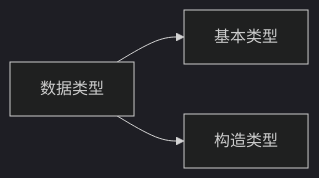
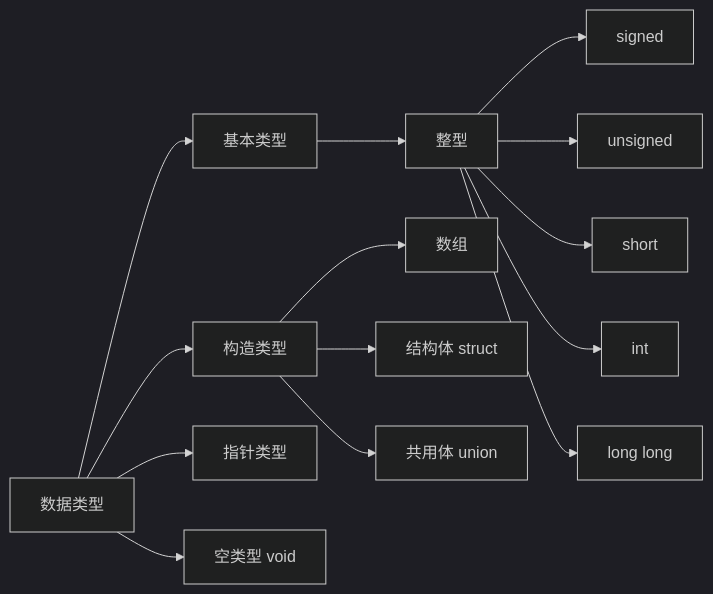
One commit to Lighter-z/myWiKi changed the diagram in docs/编程/c语言.md. Above: the diagram before and after it, drawn with Mermaid (dark theme). The commit also changed other lines of this file and 1 other file, not shown here.

Commit message:
1.添加voilite关键字 2.添加mermaid空格语法

````diff
--- a/docs/编程/c语言.md
+++ b/docs/编程/c语言.md
@@ -3,6 +3,17 @@
 ```mermaid
 graph LR;
     数据类型-->基本类型
+    	基本类型-->整型
+    		整型-->signed
+    		整型-->unsigned
+    		整型-->short
+    		整型-->int
+    		整型-->long&#160long
     数据类型-->构造类型
+    	构造类型-->数组
+    	构造类型-->结构体&#160struct
+    	构造类型-->共用体&#160union
+    数据类型-->指针类型
+    数据类型-->空类型&#160void
     
 ```
````
